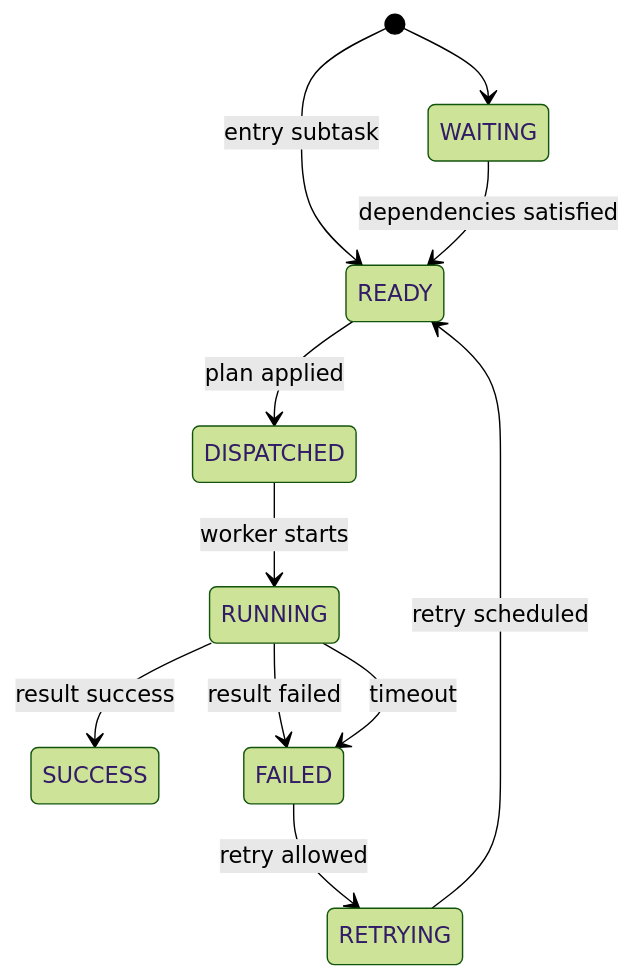
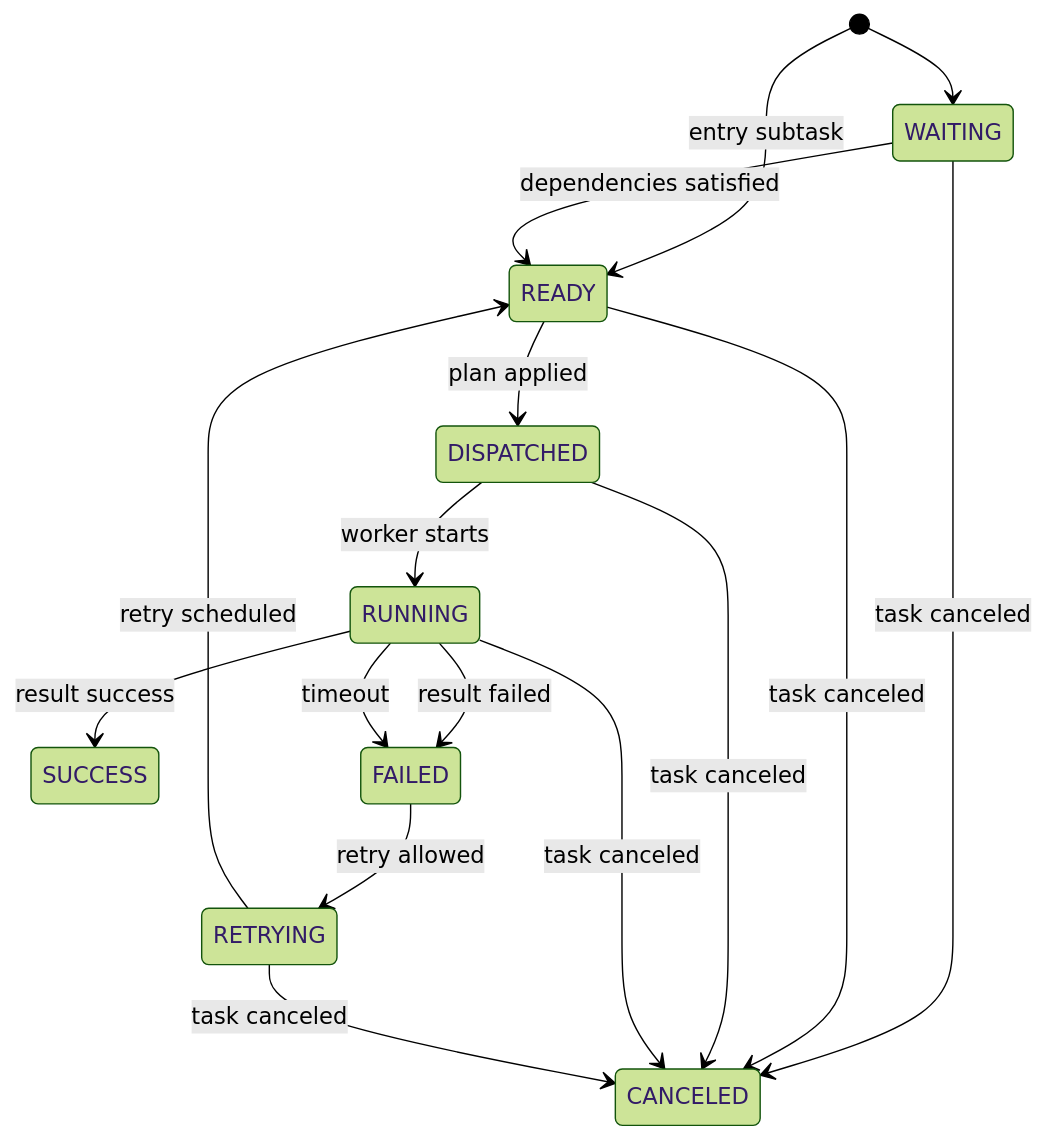
One commit to MianBo-Li/uav-dag-offload-platform changed the third of 6 diagrams in docs/07_state_machine_design.md. Above: the diagram before and after it, drawn with Mermaid (forest theme). The commit also changed other lines of this file and 10 other files, not shown here.

````diff
--- a/docs/07_state_machine_design.md
+++ b/docs/07_state_machine_design.md
@@ -171,13 +172,18 @@
 ```mermaid
 stateDiagram-v2
     [*] --> WAITING
     [*] --> READY: entry subtask
     WAITING --> READY: dependencies satisfied
     READY --> DISPATCHED: plan applied
     DISPATCHED --> RUNNING: worker starts
     RUNNING --> SUCCESS: result success
     RUNNING --> FAILED: result failed
     RUNNING --> FAILED: timeout
     FAILED --> RETRYING: retry allowed
     RETRYING --> READY: retry scheduled
+    WAITING --> CANCELED: task canceled
+    READY --> CANCELED: task canceled
+    DISPATCHED --> CANCELED: task canceled
+    RUNNING --> CANCELED: task canceled
+    RETRYING --> CANCELED: task canceled
 ```
````
